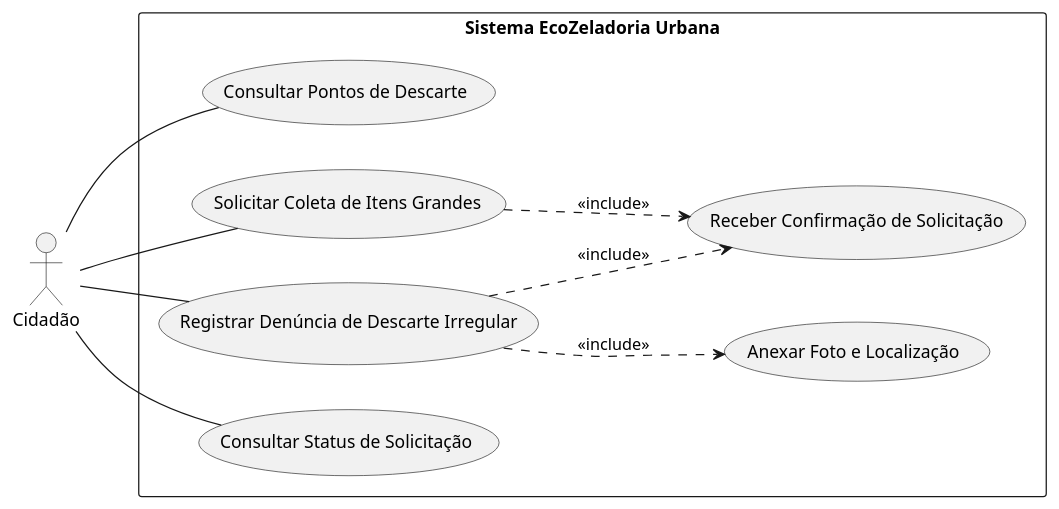
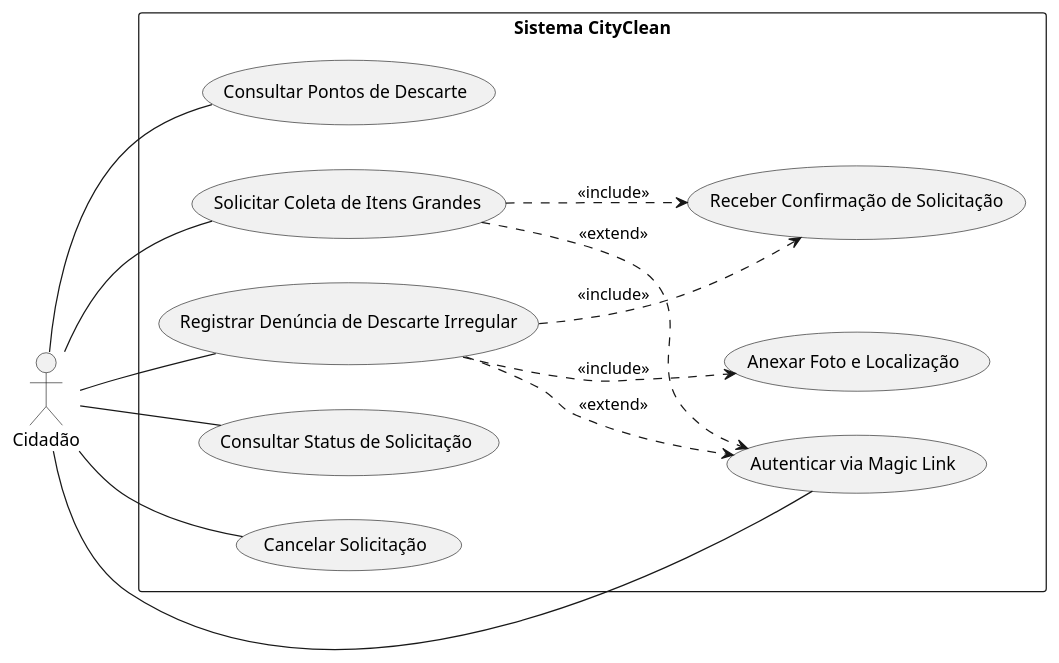
One commit to V-Castro-Alves/city-clean changed the second of 2 diagrams in about.md. Above: the diagram before and after it, drawn with PlantUML. The commit also changed other lines of this file and 2 other files, not shown here.

````diff
--- a/about.md
+++ b/about.md
@@ -101,26 +105,32 @@
 ```plantuml
 @startuml
 left to right direction
 skinparam packageStyle rectangle
 
 actor "Cidadão" as user
 
-rectangle "Sistema EcoZeladoria Urbana" {
+rectangle "Sistema CityClean" {
   usecase "Consultar Pontos de Descarte" as UC1
   usecase "Solicitar Coleta de Itens Grandes" as UC2
   usecase "Registrar Denúncia de Descarte Irregular" as UC3
   usecase "Anexar Foto e Localização" as UC4
   usecase "Receber Confirmação de Solicitação" as UC5
   usecase "Consultar Status de Solicitação" as UC6
-  
+  usecase "Cancelar Solicitação" as UC7
+  usecase "Autenticar via Magic Link" as UC8
+
   user -- UC1
   user -- UC2
   user -- UC3
   user -- UC6
-  
+  user -- UC7
+  user -- UC8
+
   UC3 ..> UC4 : <<include>>
   UC2 ..> UC5 : <<include>>
   UC3 ..> UC5 : <<include>>
+  UC2 ..> UC8 : <<extend>>
+  UC3 ..> UC8 : <<extend>>
 }
 @enduml
 ```
````
